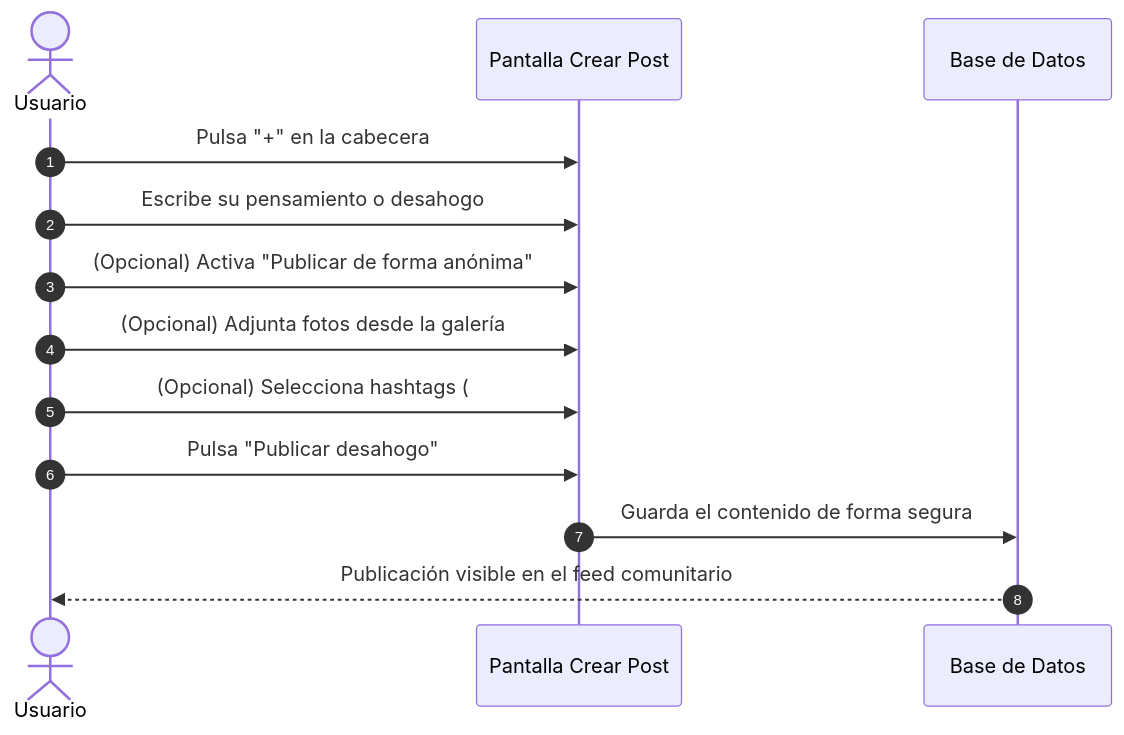
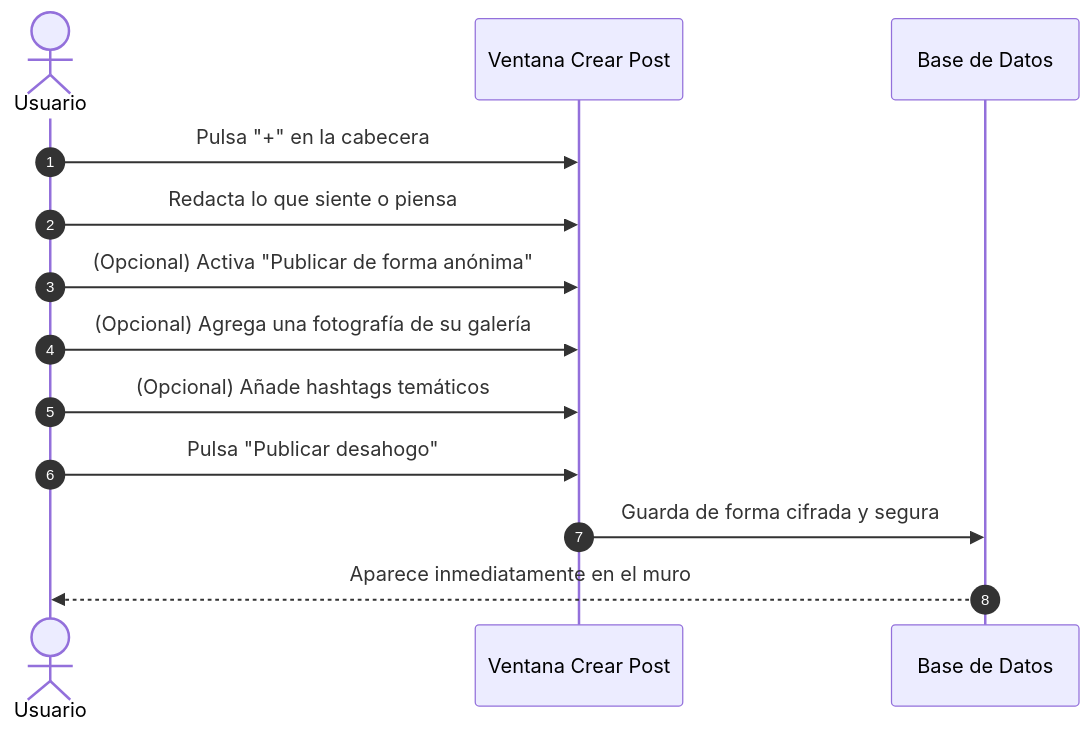
Before and after one commit to GuillermoMH10/ENTRE.NOSOTROS.COMUNITY: the third of 4 diagrams in MANUAL_DE_USUARIO.md, drawn with Mermaid. The commit also changed other lines of this file, not shown here.

````diff
--- a/MANUAL_DE_USUARIO.md
+++ b/MANUAL_DE_USUARIO.md
@@ -185,16 +188,16 @@
 ```mermaid
 sequenceDiagram
     autonumber
     actor Usuario
-    participant Modal as Pantalla Crear Post
-    participant DB as Base de Datos
+    participant Editor as Ventana Crear Post
+    participant Servidor as Base de Datos
 
-    Usuario->>Modal: Pulsa "+" en la cabecera
-    Usuario->>Modal: Escribe su pensamiento o desahogo
-    Usuario->>Modal: (Opcional) Activa "Publicar de forma anónima"
-    Usuario->>Modal: (Opcional) Adjunta fotos desde la galería
-    Usuario->>Modal: (Opcional) Selecciona hashtags (#SaludMental, etc.)
-    Usuario->>Modal: Pulsa "Publicar desahogo"
-    Modal->>DB: Guarda el contenido de forma segura
-    DB-->>Usuario: Publicación visible en el feed comunitario
+    Usuario->>Editor: Pulsa "+" en la cabecera
+    Usuario->>Editor: Redacta lo que siente o piensa
+    Usuario->>Editor: (Opcional) Activa "Publicar de forma anónima"
+    Usuario->>Editor: (Opcional) Agrega una fotografía de su galería
+    Usuario->>Editor: (Opcional) Añade hashtags temáticos
+    Usuario->>Editor: Pulsa "Publicar desahogo"
+    Editor->>Servidor: Guarda de forma cifrada y segura
+    Servidor-->>Usuario: Aparece inmediatamente en el muro
 ```
````
